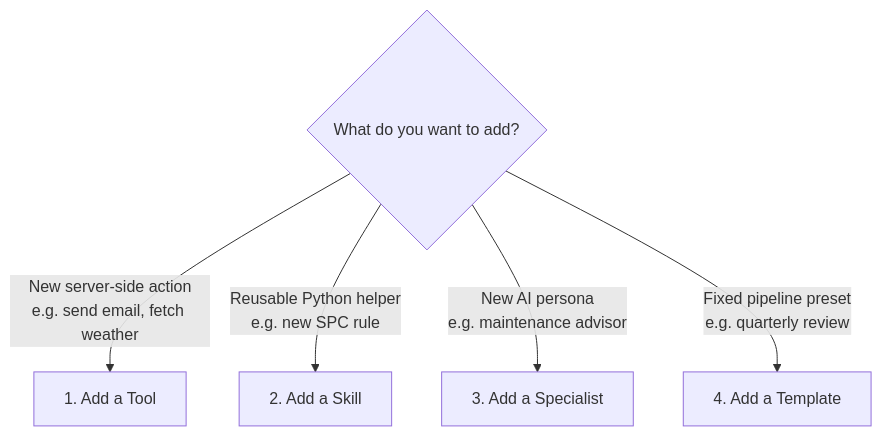
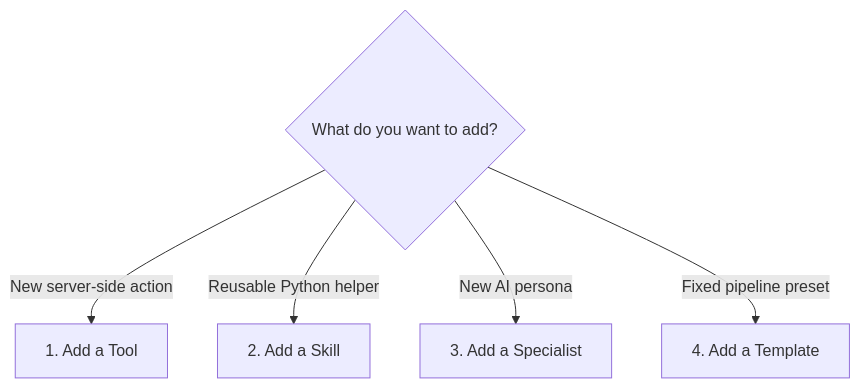
The diagram in python/agentic/docs/py_md/10_extending.md (Patchino76/ok_dashboard), drawn with Mermaid before and after one commit. The commit also changed other lines of this file and 15 other files, not shown here.

Commit message:
fixed py_md graphs and docs

````diff
--- a/python/agentic/docs/py_md/10_extending.md
+++ b/python/agentic/docs/py_md/10_extending.md
@@ -9,8 +9,8 @@
 ```mermaid
 flowchart TD
-    Q{What do you want to add?}
-    Q -->|New server-side action<br/>e.g. send email, fetch weather| A[1. Add a Tool]
-    Q -->|Reusable Python helper<br/>e.g. new SPC rule| B[2. Add a Skill]
-    Q -->|New AI persona<br/>e.g. maintenance advisor| C[3. Add a Specialist]
-    Q -->|Fixed pipeline preset<br/>e.g. quarterly review| D[4. Add a Template]
+    Q{"What do you want to add?"}
+    Q -->|New server-side action| A["1. Add a Tool"]
+    Q -->|Reusable Python helper| B["2. Add a Skill"]
+    Q -->|New AI persona| C["3. Add a Specialist"]
+    Q -->|Fixed pipeline preset| D["4. Add a Template"]
 ```
````
